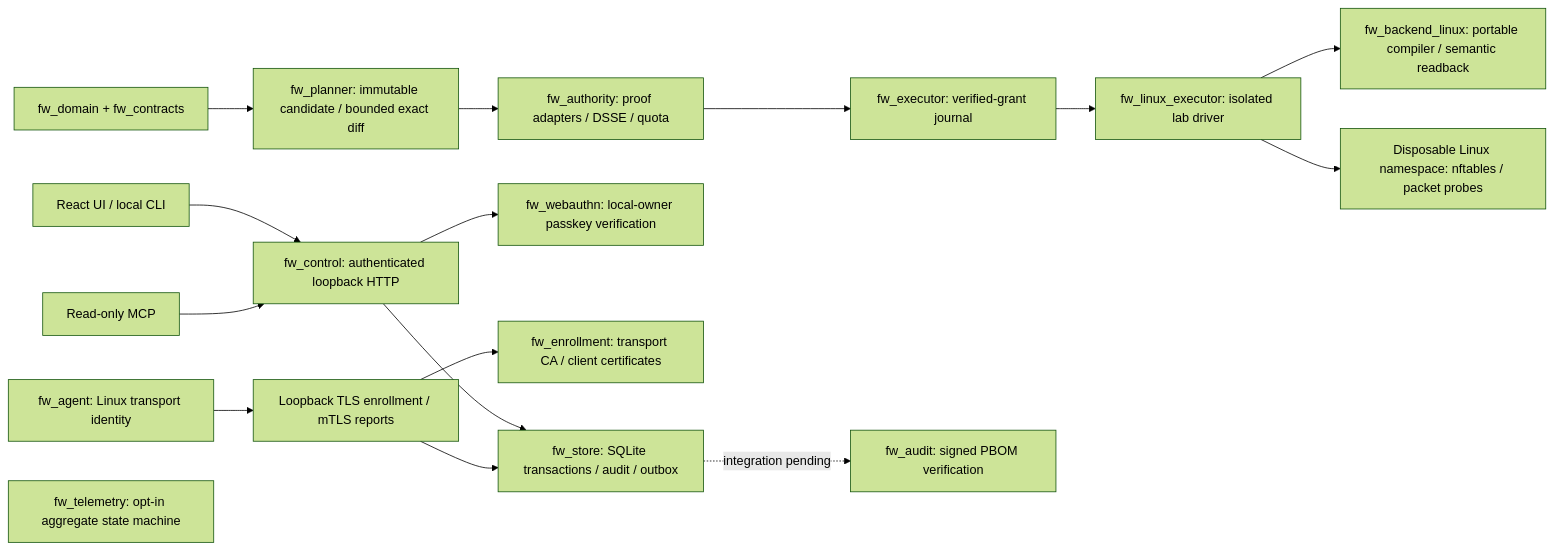
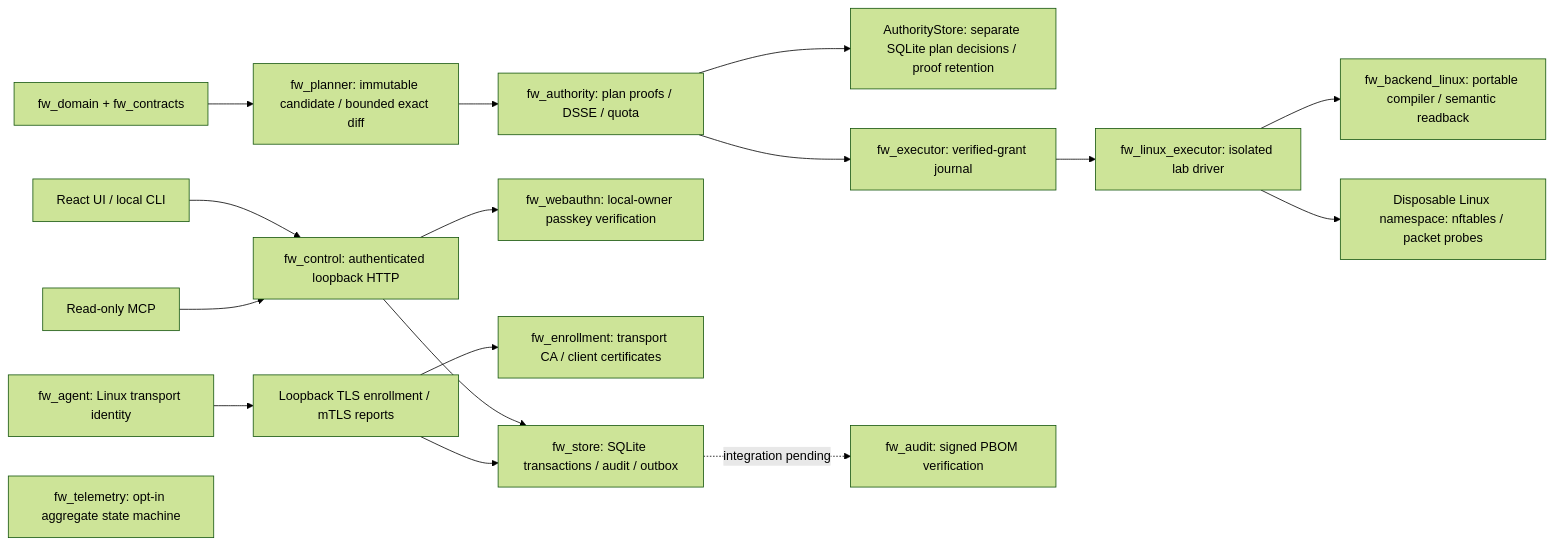
Before and after one commit to simhanson123/Nox_Warden: the diagram in docs/implementation.md, drawn with Mermaid (forest theme). The commit also changed other lines of this file and 20 other files, not shown here.

````diff
--- a/docs/implementation.md
+++ b/docs/implementation.md
@@ -7,18 +7,19 @@
 ```mermaid
 flowchart LR
   UI[React UI / local CLI] --> API[fw_control: authenticated loopback HTTP]
   MCP[Read-only MCP] --> API
   API --> DB[fw_store: SQLite transactions / audit / outbox]
   API --> WA[fw_webauthn: local-owner passkey verification]
   AG[fw_agent: Linux transport identity] --> TLS[Loopback TLS enrollment / mTLS reports]
   TLS --> PKI[fw_enrollment: transport CA / client certificates]
   TLS --> DB
   D[fw_domain + fw_contracts] --> P[fw_planner: immutable candidate / bounded exact diff]
-  P --> A[fw_authority: proof adapters / DSSE / quota]
+  P --> A[fw_authority: plan proofs / DSSE / quota]
+  A --> AS[AuthorityStore: separate SQLite plan decisions / proof retention]
   A --> E[fw_executor: verified-grant journal]
   E --> L[fw_linux_executor: isolated lab driver]
   L --> N[fw_backend_linux: portable compiler / semantic readback]
   L --> K[Disposable Linux namespace: nftables / packet probes]
   DB -. integration pending .-> AUD[fw_audit: signed PBOM verification]
   T[fw_telemetry: opt-in aggregate state machine]
 ```
````
